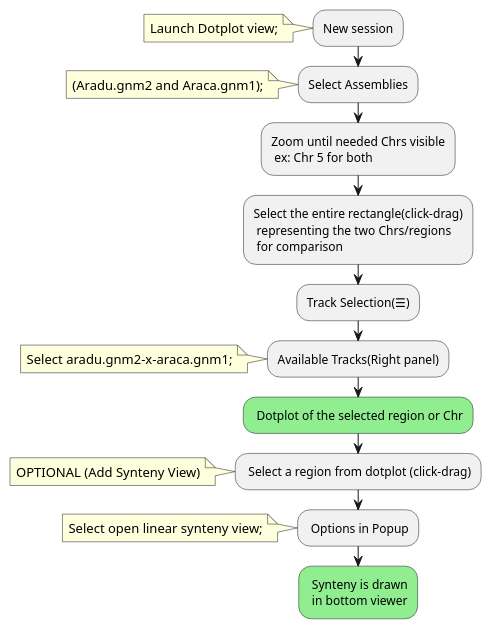
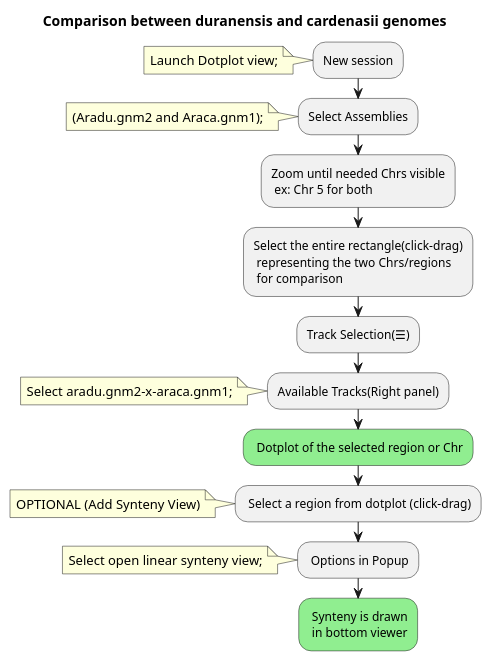
One commit to PeanutBase/jekyll-peanutbase changed the diagram in userguides/jb2/jb2_genomeStrCompare-act.puml. Above: the diagram before and after it, drawn with PlantUML. The commit also changed 16 other files, not shown here.

```diff
--- a/userguides/jb2/jb2_genomeStrCompare-act.puml
+++ b/userguides/jb2/jb2_genomeStrCompare-act.puml
@@ -2,24 +2,24 @@
 @startuml
-  'title Genome Structure Comparison (Aradu vs Araca)
+  title "Comparison between duranensis and cardenasii genomes" 
     
   :New session; 
   Note: Launch Dotplot view;
   :Select Assemblies;
   Note: (Aradu.gnm2 and Araca.gnm1);
   :Zoom until needed Chrs visible\n ex: Chr 5 for both;
   :Select the entire rectangle(click-drag)
    representing the two Chrs/regions 
    for comparison;
   :Track Selection(&#9776;);
   :Available Tracks(Right panel);
   Note: Select aradu.gnm2-x-araca.gnm1;
 
   #Lightgreen: Dotplot of the selected region or Chr;
   
   : Select a region from dotplot (click-drag);
   Note: OPTIONAL (Add Synteny View)
   : Options in Popup;
   Note: Select open linear synteny view;
   #Lightgreen: Synteny is drawn\n in bottom viewer;
            
 @enduml
```
